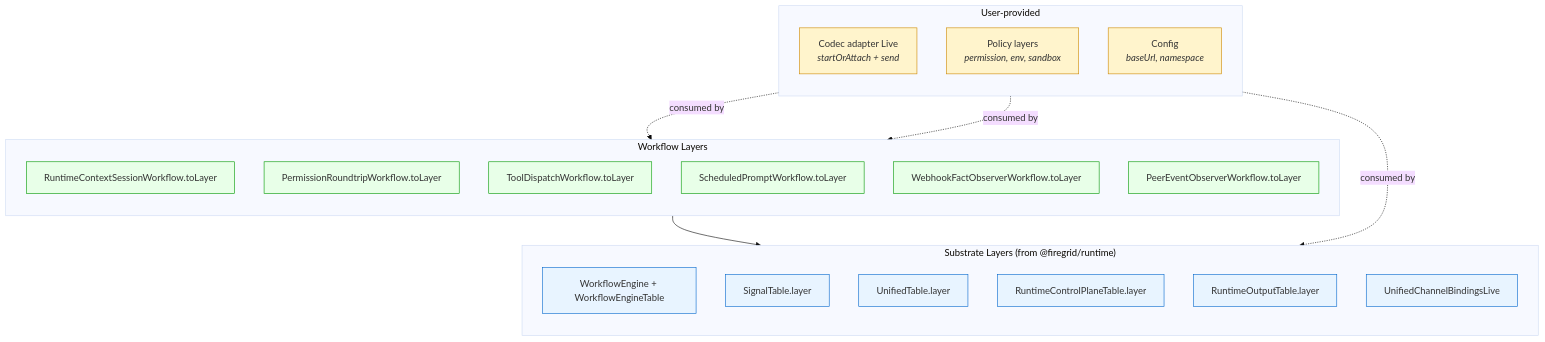
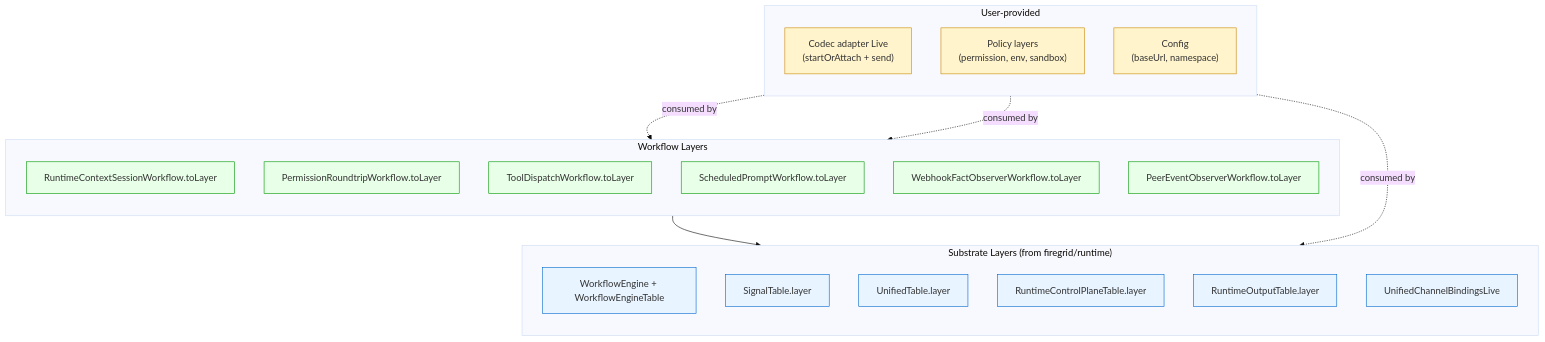
One commit to gurdasnijor/firegrid changed the fifth of 5 diagrams in docs/architecture/2026-05-31-unified-architecture-mental-model.md. Above: the diagram before and after it, drawn with Mermaid (base theme). The commit also changed other lines of this file, not shown here.

First line of the commit message:
docs(architecture): fix mermaid render — quote node labels, drop unsupported tags

````diff
--- a/docs/architecture/2026-05-31-unified-architecture-mental-model.md
+++ b/docs/architecture/2026-05-31-unified-architecture-mental-model.md
@@ -149,41 +149,41 @@
 ```mermaid
 graph TB
     subgraph App["User-provided"]
         direction TB
-        UADP[Codec adapter Live<br/><i>startOrAttach + send</i>]
-        UPOL[Policy layers<br/><i>permission, env, sandbox</i>]
-        UCFG[Config<br/><i>baseUrl, namespace</i>]
+        UADP["Codec adapter Live<br/>(startOrAttach + send)"]
+        UPOL["Policy layers<br/>(permission, env, sandbox)"]
+        UCFG["Config<br/>(baseUrl, namespace)"]
     end
 
     subgraph Workflows["Workflow Layers"]
         direction TB
         W1[RuntimeContextSessionWorkflow.toLayer]
         W2[PermissionRoundtripWorkflow.toLayer]
         W3[ToolDispatchWorkflow.toLayer]
         W4[ScheduledPromptWorkflow.toLayer]
         W5[WebhookFactObserverWorkflow.toLayer]
         W6[PeerEventObserverWorkflow.toLayer]
     end
 
-    subgraph Substrate["Substrate Layers (from @firegrid/runtime)"]
+    subgraph Substrate["Substrate Layers (from firegrid/runtime)"]
         direction TB
         SUB1[WorkflowEngine + WorkflowEngineTable]
         SUB2[SignalTable.layer]
         SUB3[UnifiedTable.layer]
         SUB4[RuntimeControlPlaneTable.layer]
         SUB5[RuntimeOutputTable.layer]
         SUB6[UnifiedChannelBindingsLive]
     end
 
     Workflows --> Substrate
     UADP -.consumed by.-> W1
     UPOL -.consumed by.-> W1
     UCFG -.consumed by.-> Substrate
 
     classDef user fill:#fff4cc,stroke:#cc8800
     classDef substrate fill:#e8f4ff,stroke:#0066cc
     classDef workflow fill:#e8ffe8,stroke:#009900
     class UADP,UPOL,UCFG user
     class SUB1,SUB2,SUB3,SUB4,SUB5,SUB6 substrate
     class W1,W2,W3,W4,W5,W6 workflow
 ```
````
